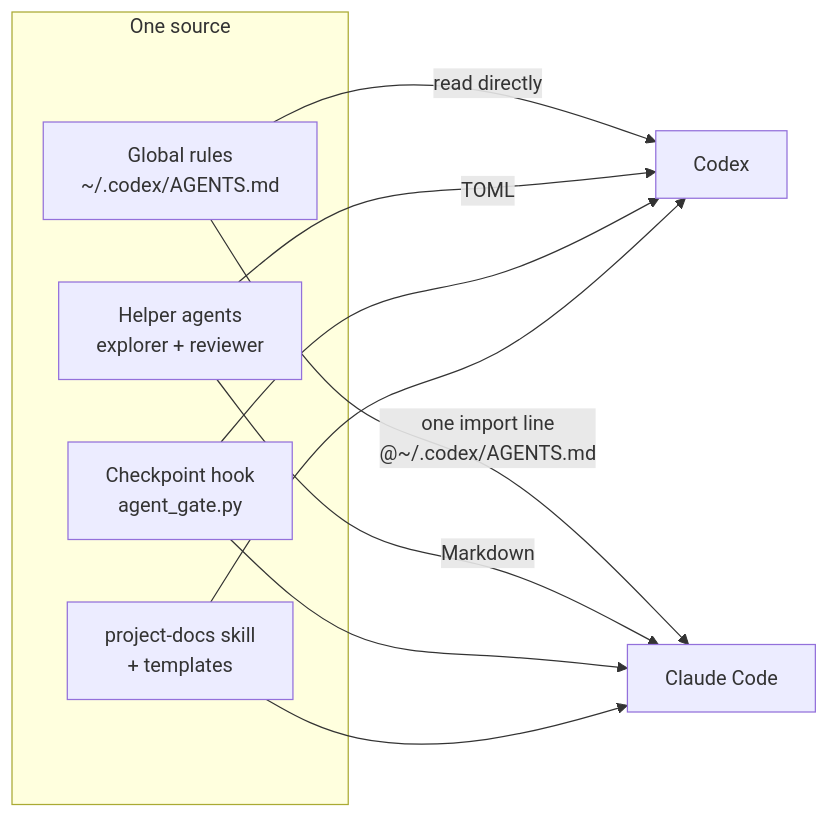
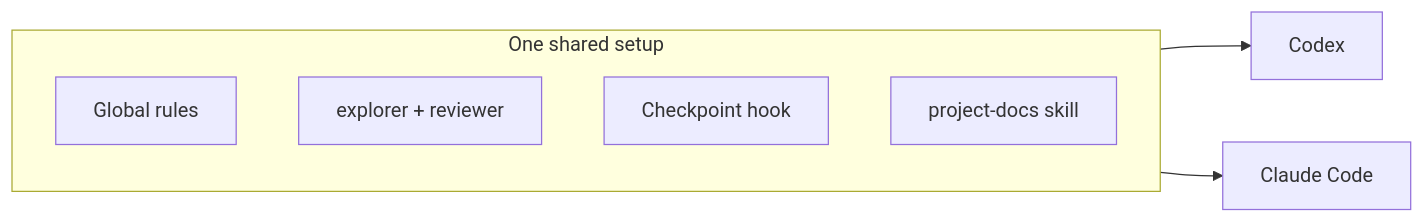
The first of 2 diagrams in README.md (Emanuelel/agent-setup), drawn with Mermaid before and after one commit. The commit also changed other lines of this file, not shown here.

````diff
--- a/README.md
+++ b/README.md
@@ -18,17 +8,12 @@
 ```mermaid
 flowchart LR
-    subgraph SRC["One source"]
-        R["Global rules<br/>~/.codex/AGENTS.md"]
-        A["Helper agents<br/>explorer + reviewer"]
-        H["Checkpoint hook<br/>agent_gate.py"]
-        S["project-docs skill<br/>+ templates"]
+    subgraph SETUP["One shared setup"]
+        direction TB
+        R["Global rules"]
+        A["explorer + reviewer"]
+        H["Checkpoint hook"]
+        S["project-docs skill"]
     end
-    R -->|read directly| CX["Codex"]
-    R -->|"one import line<br/>@~/.codex/AGENTS.md"| CC["Claude Code"]
-    A -->|TOML| CX
-    A -->|Markdown| CC
-    H --> CX
-    H --> CC
-    S --> CX
-    S --> CC
+    SETUP --> CX["Codex"]
+    SETUP --> CC["Claude Code"]
 ```
````
